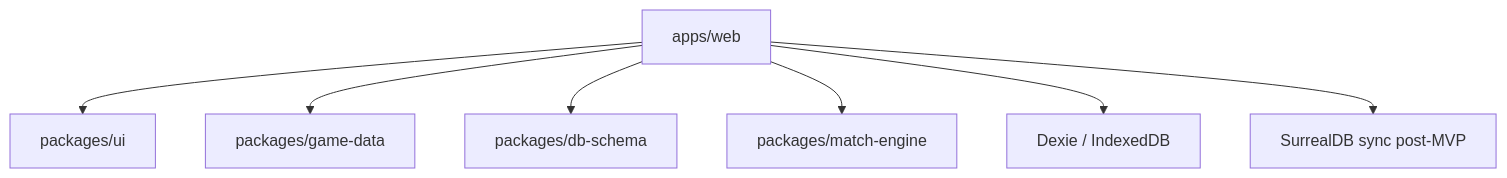
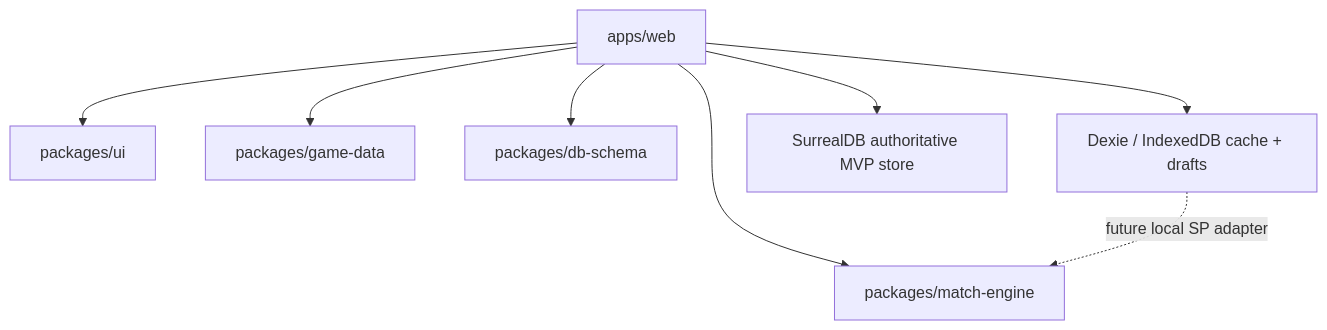
Before and after one commit to EtroxTaran/klubhaus-elf: the first of 2 diagrams in docs/10-Architecture/05-Building-Blocks.md, drawn with Mermaid. The commit also changed other lines of this file and 67 other files, not shown here.

````diff
--- a/docs/10-Architecture/05-Building-Blocks.md
+++ b/docs/10-Architecture/05-Building-Blocks.md
@@ -19,9 +19,10 @@
 ```mermaid
 flowchart TB
   Web[apps/web] --> UI[packages/ui]
   Web --> Data[packages/game-data]
   Web --> Schema[packages/db-schema]
   Web --> Engine[packages/match-engine]
-  Web --> Dexie[Dexie / IndexedDB]
-  Web --> Surreal[SurrealDB sync post-MVP]
+  Web --> Dexie[Dexie / IndexedDB cache + drafts]
+  Web --> Surreal[SurrealDB authoritative MVP store]
+  Dexie -. future local SP adapter .-> Engine
 ```
````
